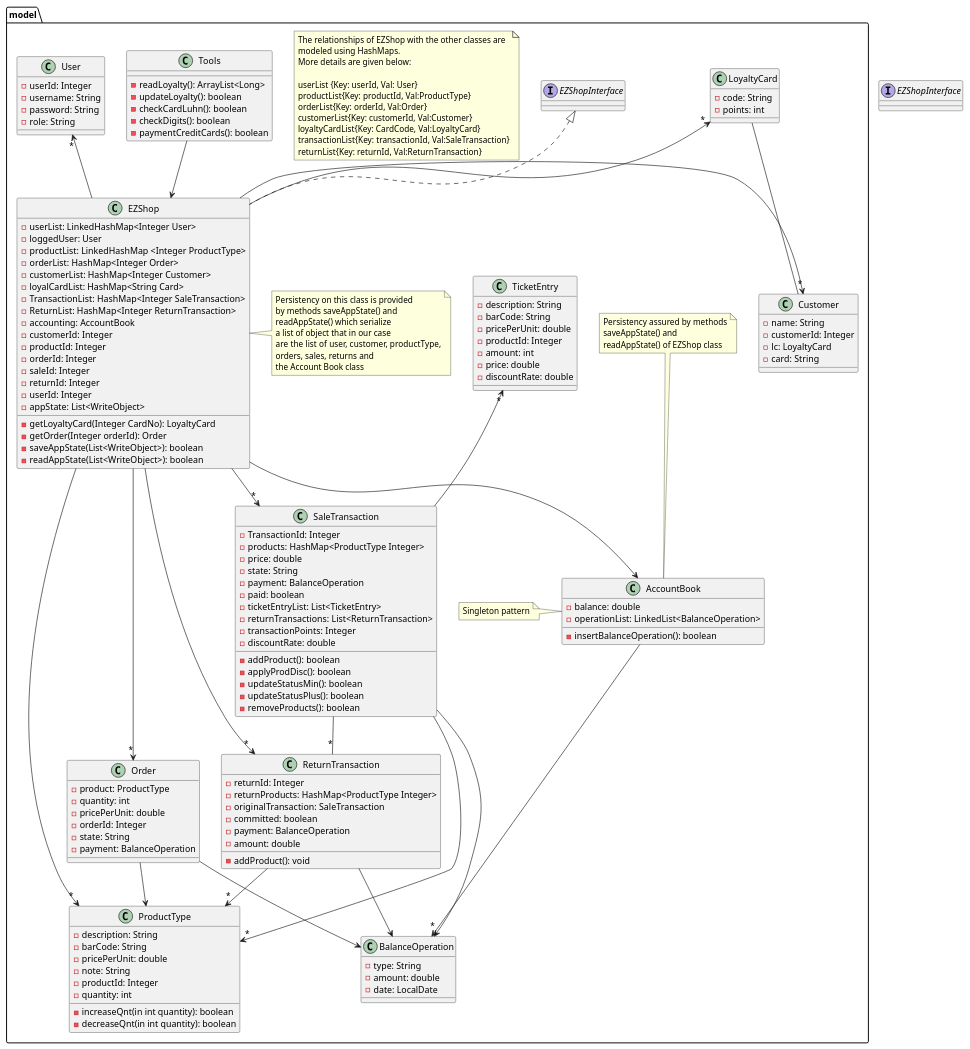
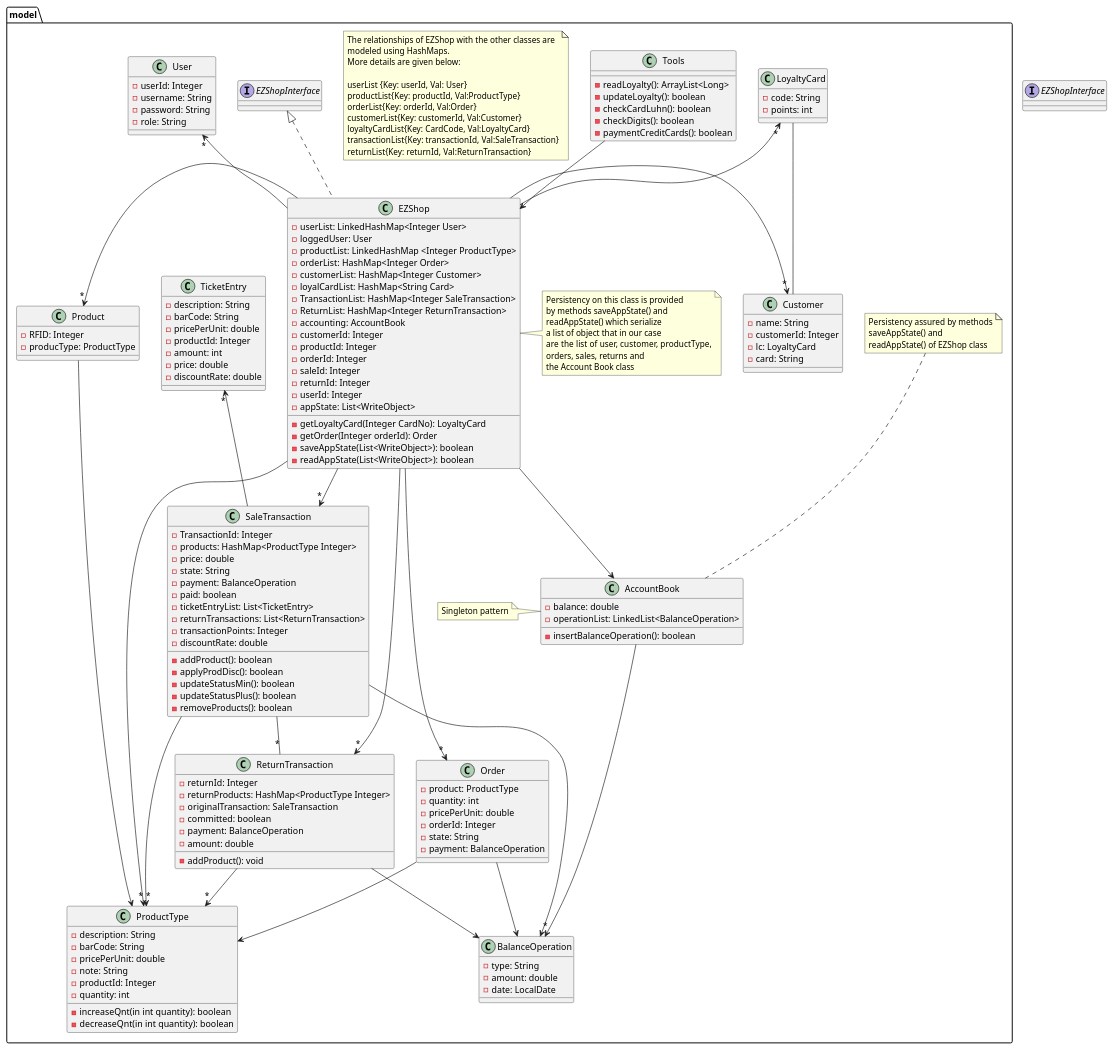
One commit to marco-ballario/EzShop changed the third of 11 diagrams in Deliverables/DesignDocument.md. Above: the diagram before and after it, drawn with PlantUML.

Commit message:
docs: insert Product class

```diff
--- a/Deliverables/DesignDocument.md
+++ b/Deliverables/DesignDocument.md
@@ -149,6 +149,11 @@
 -quantity: int
 -increaseQnt(in int quantity): boolean
 -decreaseQnt(in int quantity): boolean
+}
+
+class Product{
+- RFID: Integer
+- producType: ProductType
 }
 
 class Order{
@@ -233,6 +238,8 @@
 EZShop -u->"*"User
 EZShop -l->"*"Customer
 EZShop -l->"*"LoyaltyCard
+EZShop -l->"*"Product
+
 Customer -u- LoyaltyCard
 EZShop --> AccountBook
 AccountBook -->"*"BalanceOperation
@@ -249,6 +256,7 @@
 ReturnTransaction--> BalanceOperation
 Tools --> EZShop
 TicketEntry "*"<-- SaleTransaction
+Product --> ProductType
 
 
 note "Persistency on this class is provided \nby methods saveAppState() and \nreadAppState() which serialize\na list of object that in our case \nare the list of user, customer, productType,\norders, sales, returns and \nthe Account Book class" as N1
```
